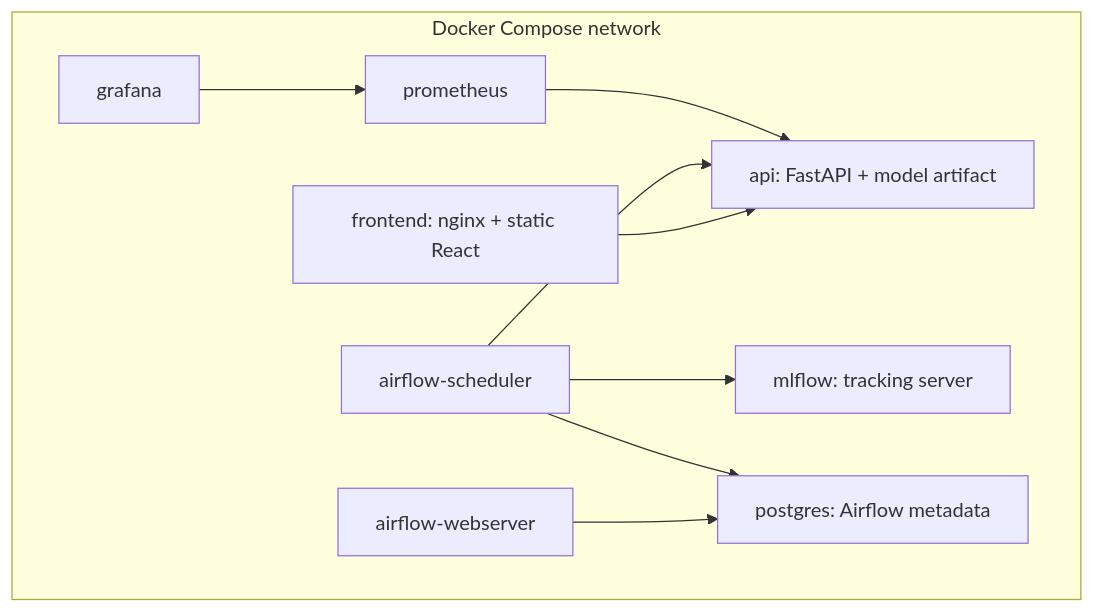
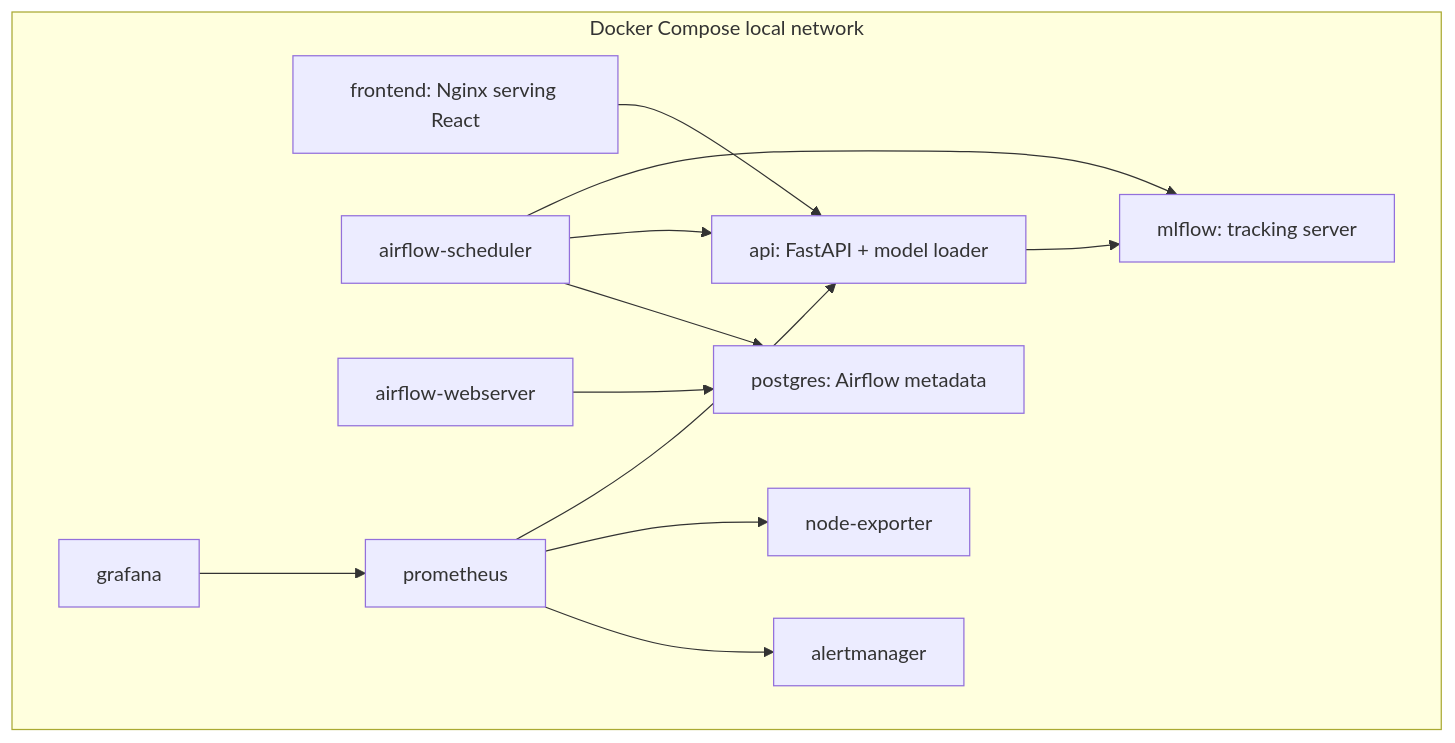
The second of 4 diagrams in docs/architecture.md (AkshayAmbekar26/da5402-final-project), drawn with Mermaid before and after one commit. The commit also changed other lines of this file and 87 other files, not shown here.

````diff
--- a/docs/architecture.md
+++ b/docs/architecture.md
@@ -34,20 +55,26 @@
 ```mermaid
 flowchart TB
-  subgraph DockerCompose["Docker Compose network"]
-    FE["frontend: nginx + static React"]
-    API["api: FastAPI + model artifact"]
+  subgraph Compose["Docker Compose local network"]
+    FE["frontend: Nginx serving React"]
+    API["api: FastAPI + model loader"]
     MLF["mlflow: tracking server"]
     PG["postgres: Airflow metadata"]
     AW["airflow-webserver"]
     AS["airflow-scheduler"]
     PR["prometheus"]
+    AM["alertmanager"]
+    NE["node-exporter"]
     GF["grafana"]
   end
+
   FE --> API
+  API --> MLF
+  AS --> MLF
   AS --> API
-  AS --> MLF
   AW --> PG
   AS --> PG
   PR --> API
+  PR --> NE
+  PR --> AM
   GF --> PR
 ```
````
